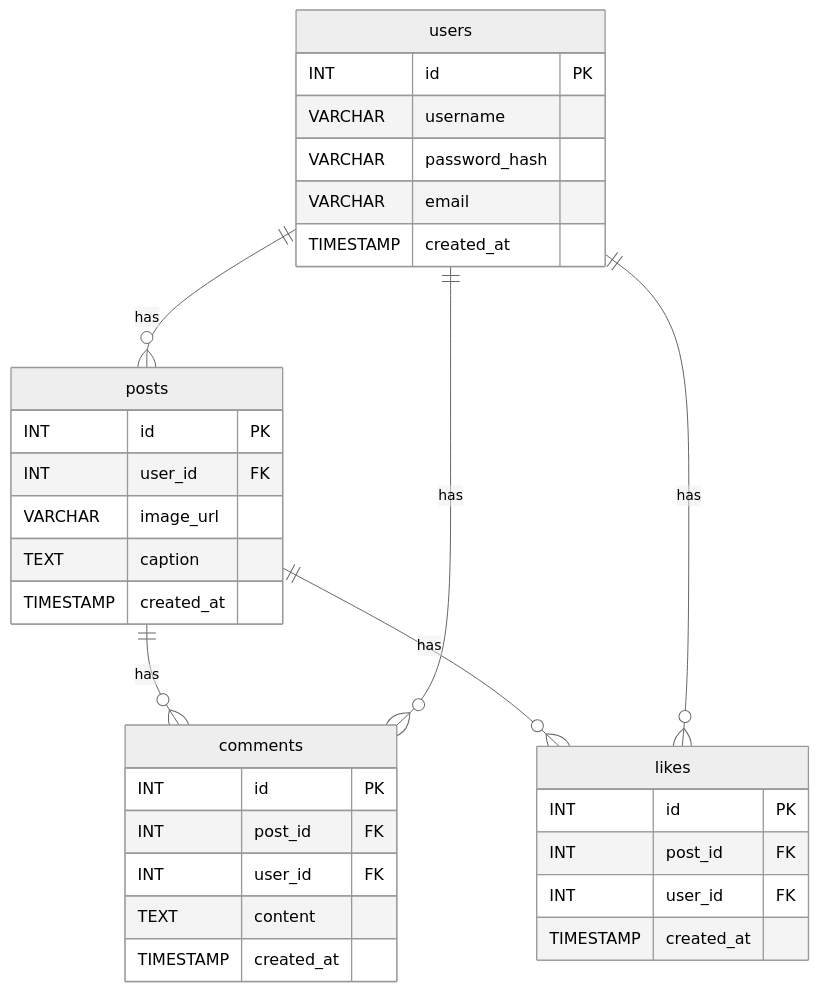
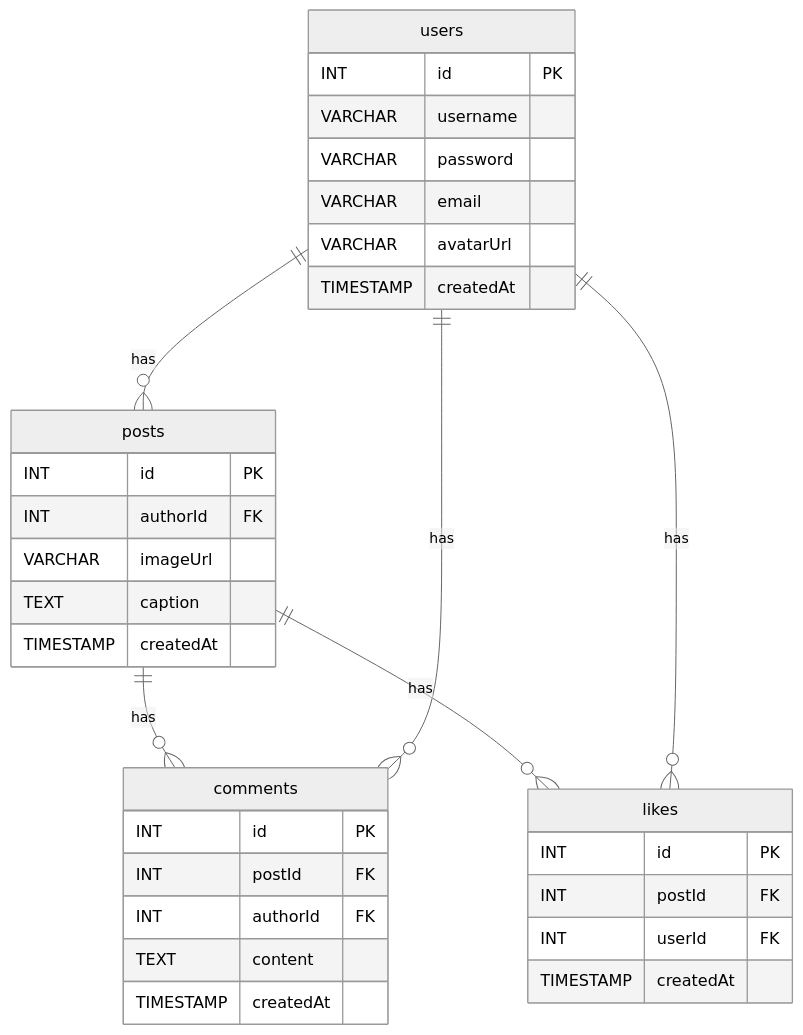
The second of 2 diagrams in GEMINI.md (iinitz/ig-clone), drawn with Mermaid (neutral theme) before and after one commit. The commit also changed 49 other files, not shown here.

Commit message:
Refactor: Improve performance, fix TypeScript and ESLint issues, and update diagrams

````diff
--- a/GEMINI.md
+++ b/GEMINI.md
@@ -38,39 +38,40 @@
 ```mermaid
 erDiagram
     users {
         INT id PK
         VARCHAR username
-        VARCHAR password_hash
+        VARCHAR password
         VARCHAR email
-        TIMESTAMP created_at
+        VARCHAR avatarUrl
+        TIMESTAMP createdAt
     }
 
     posts {
         INT id PK
-        INT user_id FK
-        VARCHAR image_url
+        INT authorId FK
+        VARCHAR imageUrl
         TEXT caption
-        TIMESTAMP created_at
+        TIMESTAMP createdAt
     }
 
     comments {
         INT id PK
-        INT post_id FK
-        INT user_id FK
+        INT postId FK
+        INT authorId FK
         TEXT content
-        TIMESTAMP created_at
+        TIMESTAMP createdAt
     }
 
     likes {
         INT id PK
-        INT post_id FK
-        INT user_id FK
-        TIMESTAMP created_at
+        INT postId FK
+        INT userId FK
+        TIMESTAMP createdAt
     }
 
     users ||--o{ posts : "has"
     posts ||--o{ comments : "has"
     posts ||--o{ likes : "has"
     users ||--o{ comments : "has"
     users ||--o{ likes : "has"
 ```
````
